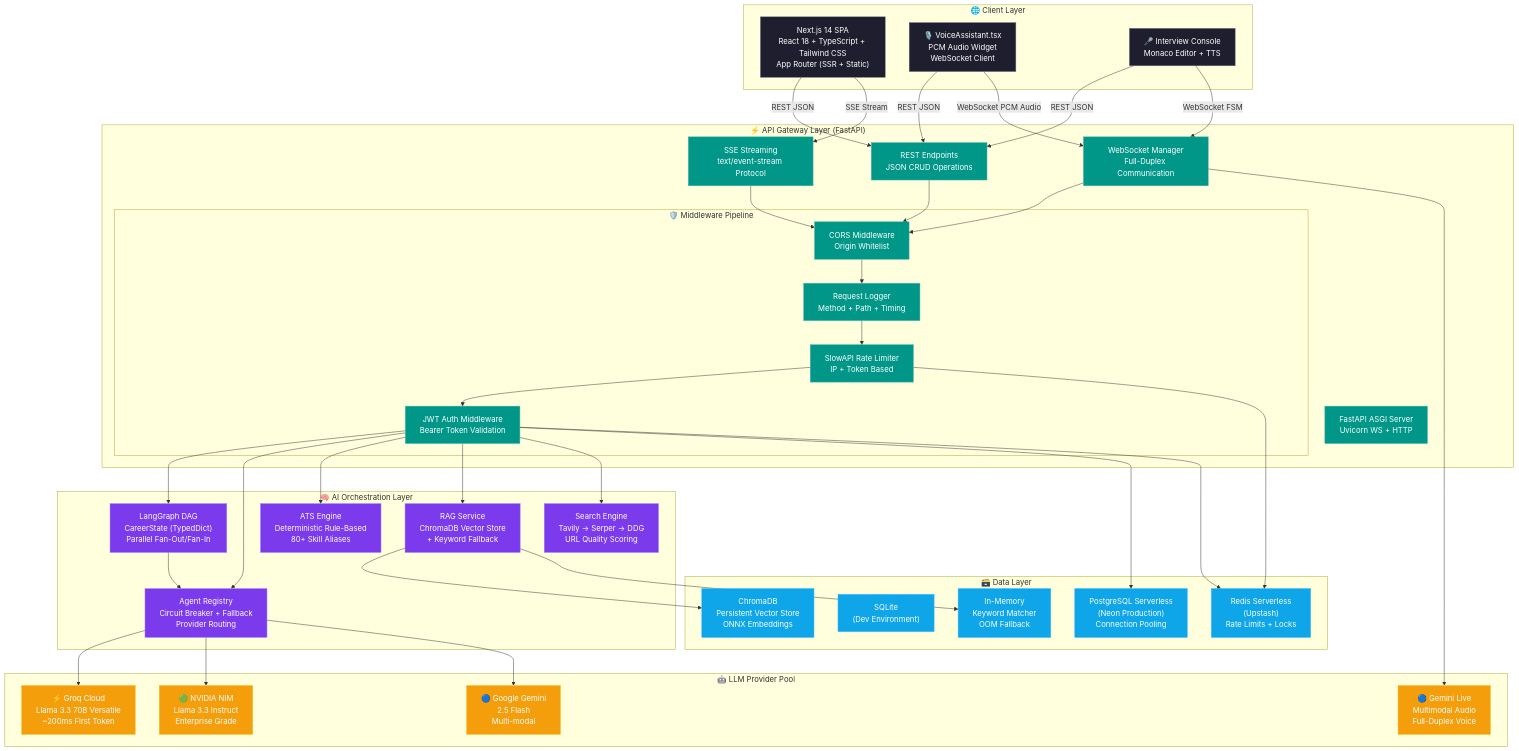
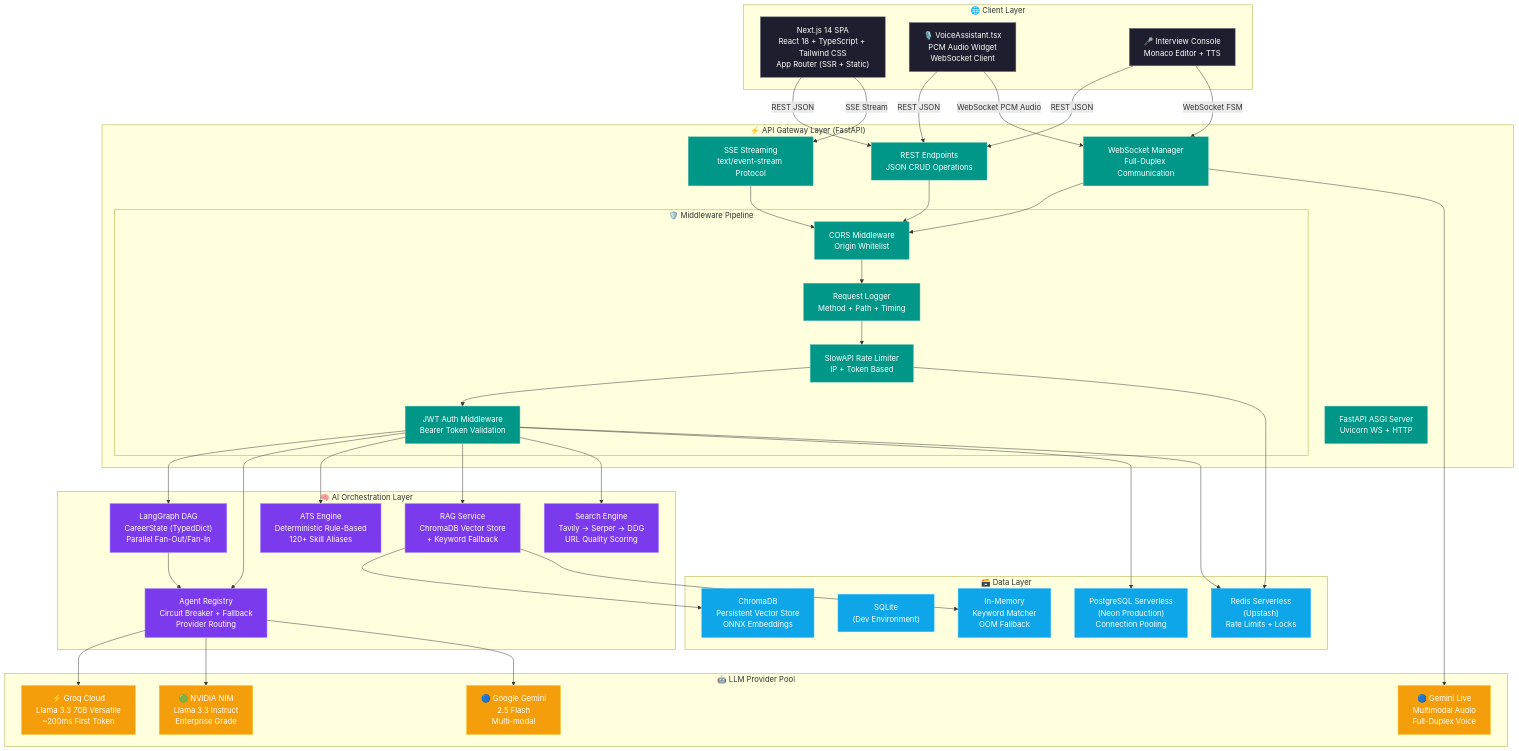
One commit to Anil-Pradhan-web/ai-career-mentor changed the first of 34 diagrams in ARCHITECTURE.md. Above: the diagram before and after it, drawn with Mermaid. The commit also changed other lines of this file and 3 other files, not shown here.

Commit message:
docs: update system architecture, README, API and design documentation for resume agent redesign

````diff
--- a/ARCHITECTURE.md
+++ b/ARCHITECTURE.md
@@ -45,77 +45,77 @@
 ```mermaid
 graph TB
     classDef client fill:#1e1e2e,color:#fff,stroke:#6c7086
     classDef gateway fill:#009688,color:#fff,stroke:#4db6ac
     classDef ai fill:#7c3aed,color:#fff,stroke:#a78bfa
     classDef llm fill:#f59e0b,color:#fff,stroke:#fbbf24
     classDef data fill:#0ea5e9,color:#fff,stroke:#38bdf8
     classDef ext fill:#ef4444,color:#fff,stroke:#f87171
 
     subgraph "🌐 Client Layer"
         UI["Next.js 14 SPA<br/>React 18 + TypeScript + Tailwind CSS<br/>App Router (SSR + Static)"]
         VA["🎙️ VoiceAssistant.tsx<br/>PCM Audio Widget<br/>WebSocket Client"]
         MI["🎤 Interview Console<br/>Monaco Editor + TTS"]
     end
 
     subgraph "⚡ API Gateway Layer (FastAPI)"
         GW["FastAPI ASGI Server<br/>Uvicorn WS + HTTP"]
         REST["REST Endpoints<br/>JSON CRUD Operations"]
         SSE["SSE Streaming<br/>text/event-stream Protocol"]
         WS_MGR["WebSocket Manager<br/>Full-Duplex Communication"]
         
         subgraph "🛡️ Middleware Pipeline"
             CORS["CORS Middleware<br/>Origin Whitelist"]
             LOG["Request Logger<br/>Method + Path + Timing"]
             SLW["SlowAPI Rate Limiter<br/>IP + Token Based"]
             JWT["JWT Auth Middleware<br/>Bearer Token Validation"]
         end
     end
 
     subgraph "🧠 AI Orchestration Layer"
         LG["LangGraph DAG<br/>CareerState (TypedDict)<br/>Parallel Fan-Out/Fan-In"]
         REG["Agent Registry<br/>Circuit Breaker + Fallback<br/>Provider Routing"]
-        ATS["ATS Engine<br/>Deterministic Rule-Based<br/>80+ Skill Aliases"]
+        ATS["ATS Engine<br/>Deterministic Rule-Based<br/>120+ Skill Aliases"]
         RAG_SVC["RAG Service<br/>ChromaDB Vector Store<br/>+ Keyword Fallback"]
         SE["Search Engine<br/>Tavily → Serper → DDG<br/>URL Quality Scoring"]
     end
 
     subgraph "🤖 LLM Provider Pool"
         GROQ["⚡ Groq Cloud<br/>Llama 3.3 70B Versatile<br/>~200ms First Token"]
         NVD["🟢 NVIDIA NIM<br/>Llama 3.3 Instruct<br/>Enterprise Grade"]
         GEM["🔵 Google Gemini<br/>2.5 Flash<br/>Multi-modal"]
         GML["🔵 Gemini Live<br/>Multimodal Audio<br/>Full-Duplex Voice"]
     end
 
     subgraph "🗃️ Data Layer"
         PG["PostgreSQL Serverless<br/>(Neon Production)<br/>Connection Pooling"]
         SQL["SQLite<br/>(Dev Environment)"]
         RD["Redis Serverless<br/>(Upstash)<br/>Rate Limits + Locks"]
         CD["ChromaDB<br/>Persistent Vector Store<br/>ONNX Embeddings"]
         MEM["In-Memory<br/>Keyword Matcher<br/>OOM Fallback"]
     end
 
     UI & VA & MI -->|"REST JSON"| REST
     UI -->|"SSE Stream"| SSE
     MI -->|"WebSocket FSM"| WS_MGR
     VA -->|"WebSocket PCM Audio"| WS_MGR
     
     REST & SSE & WS_MGR --> CORS --> LOG --> SLW --> JWT
     
     JWT --> LG & REG & ATS & RAG_SVC & SE
     
     LG --> REG
     REG --> GROQ & NVD & GEM
     WS_MGR --> GML
     
     JWT --> PG
     JWT --> RD
     SLW --> RD
     
     RAG_SVC --> CD & MEM
     
     class UI,VA,MI client
     class GW,REST,SSE,WS_MGR,CORS,LOG,SLW,JWT gateway
     class LG,REG,ATS,RAG_SVC,SE ai
     class GROQ,NVD,GEM,GML llm
     class PG,SQL,RD,CD,MEM data
 ```
````
